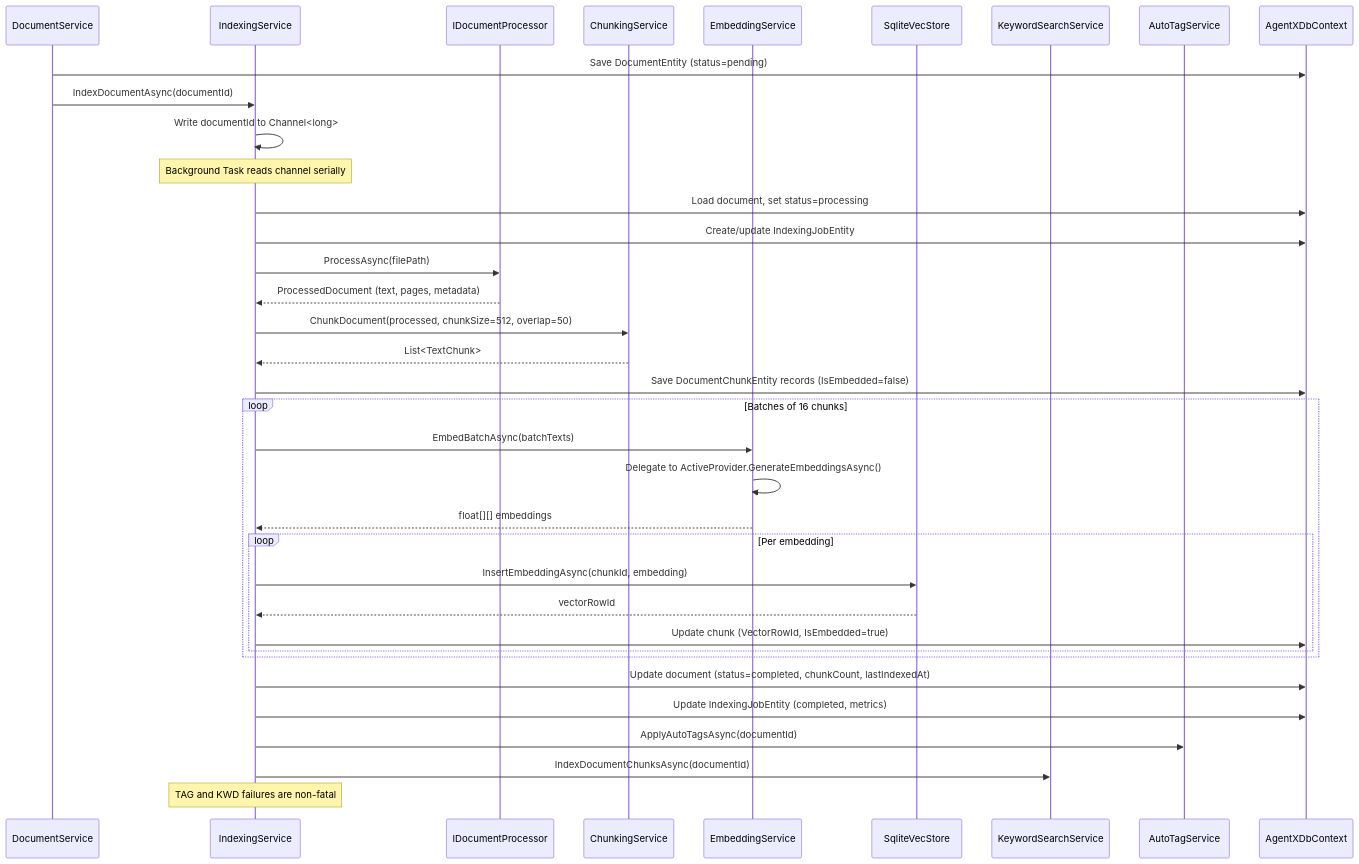
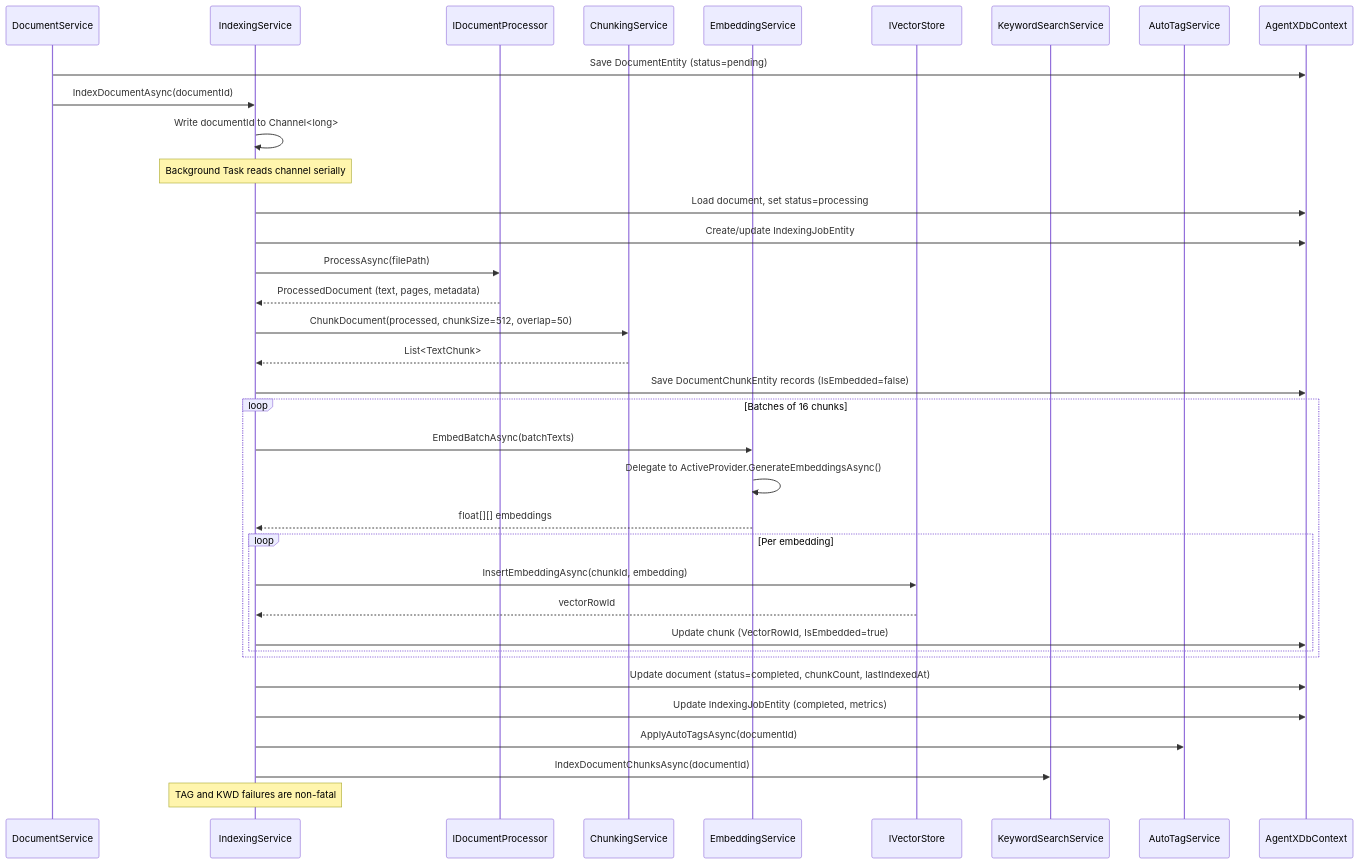
The third of 14 diagrams in docs/ARCHITECTURE.md (Git-Rocky-Stack/Agent-X), drawn with Mermaid before and after one commit. The commit also changed other lines of this file and 5 other files, not shown here.

````diff
--- a/docs/ARCHITECTURE.md
+++ b/docs/ARCHITECTURE.md
@@ -633,43 +633,43 @@
 ```mermaid
 sequenceDiagram
     participant DS as DocumentService
     participant IS as IndexingService
     participant PROC as IDocumentProcessor
     participant CS as ChunkingService
     participant ES as EmbeddingService
-    participant VS as SqliteVecStore
+    participant VS as IVectorStore
     participant KWD as KeywordSearchService
     participant TAG as AutoTagService
     participant DB as AgentXDbContext
 
     DS->>DB: Save DocumentEntity (status=pending)
     DS->>IS: IndexDocumentAsync(documentId)
     IS->>IS: Write documentId to Channel<long>
 
     Note over IS: Background Task reads channel serially
 
     IS->>DB: Load document, set status=processing
     IS->>DB: Create/update IndexingJobEntity
     IS->>PROC: ProcessAsync(filePath)
     PROC-->>IS: ProcessedDocument (text, pages, metadata)
     IS->>CS: ChunkDocument(processed, chunkSize=512, overlap=50)
     CS-->>IS: List<TextChunk>
     IS->>DB: Save DocumentChunkEntity records (IsEmbedded=false)
 
     loop Batches of 16 chunks
         IS->>ES: EmbedBatchAsync(batchTexts)
         ES->>ES: Delegate to ActiveProvider.GenerateEmbeddingsAsync()
         ES-->>IS: float[][] embeddings
         loop Per embedding
             IS->>VS: InsertEmbeddingAsync(chunkId, embedding)
             VS-->>IS: vectorRowId
             IS->>DB: Update chunk (VectorRowId, IsEmbedded=true)
         end
     end
 
     IS->>DB: Update document (status=completed, chunkCount, lastIndexedAt)
     IS->>DB: Update IndexingJobEntity (completed, metrics)
     IS->>TAG: ApplyAutoTagsAsync(documentId)
     IS->>KWD: IndexDocumentChunksAsync(documentId)
     Note over IS: TAG and KWD failures are non-fatal
 ```
````
